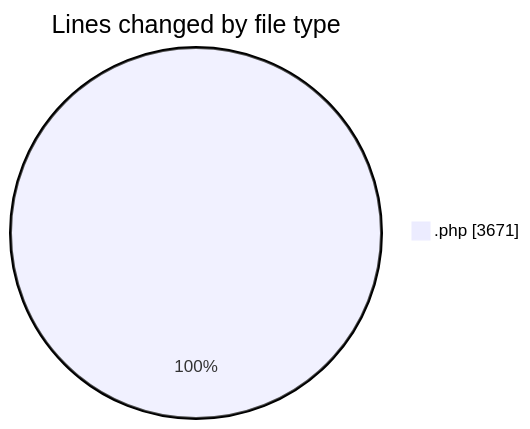
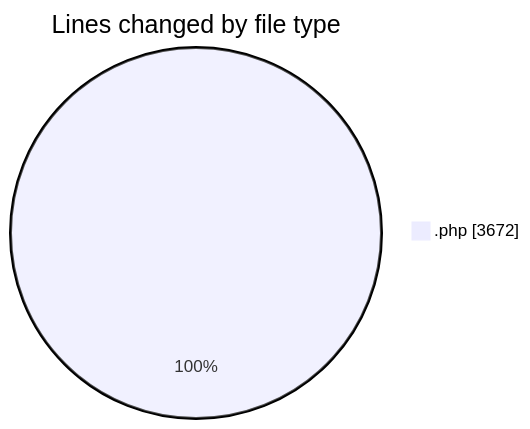
Before and after one commit to debugP/code-tracking: the first of 2 diagrams in 2026-08-05/untitled__workspace_/README.md, drawn with Mermaid. The commit also changed other lines of this file and 1 other file, not shown here.

````diff
--- a/2026-08-05/untitled__workspace_/README.md
+++ b/2026-08-05/untitled__workspace_/README.md
@@ -21,5 +21,5 @@
 ```mermaid
 pie showData
 title Lines changed by file type
-".php" : 3671
+".php" : 3672
 ```
````
